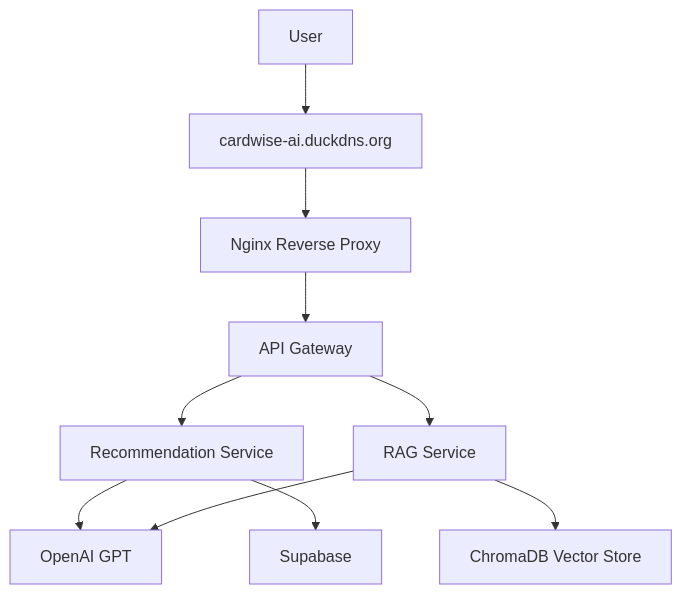
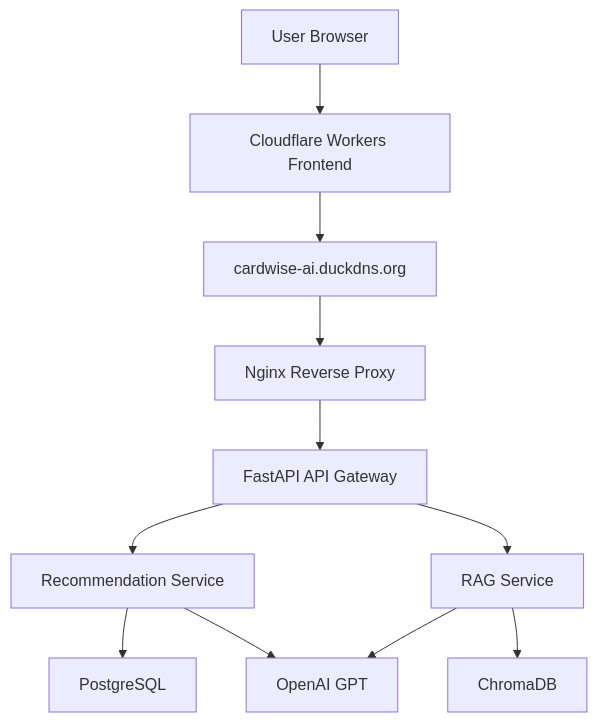
One commit to ajaysathriai-afk/cardwise-ai-platform changed the first of 4 diagrams in README.md. Above: the diagram before and after it, drawn with Mermaid. The commit also changed other lines of this file, not shown here.

````diff
--- a/README.md
+++ b/README.md
@@ -66,21 +83,25 @@
 ```mermaid
 flowchart TD
 
-A[User] --> B[cardwise-ai.duckdns.org]
+A[User Browser]
 
-B --> C[Nginx Reverse Proxy]
+A --> B[Cloudflare Workers Frontend]
 
-C --> D[API Gateway]
+B --> C[cardwise-ai.duckdns.org]
 
-D --> E[Recommendation Service]
+C --> D[Nginx Reverse Proxy]
 
-D --> F[RAG Service]
+D --> E[FastAPI API Gateway]
 
-E --> G[OpenAI GPT]
+E --> F[Recommendation Service]
 
-E --> H[Supabase]
+E --> G[RAG Service]
 
-F --> I[ChromaDB Vector Store]
+F --> H[PostgreSQL]
 
-F --> G
+F --> I[OpenAI GPT]
+
+G --> J[ChromaDB]
+
+G --> I
 ```
````
